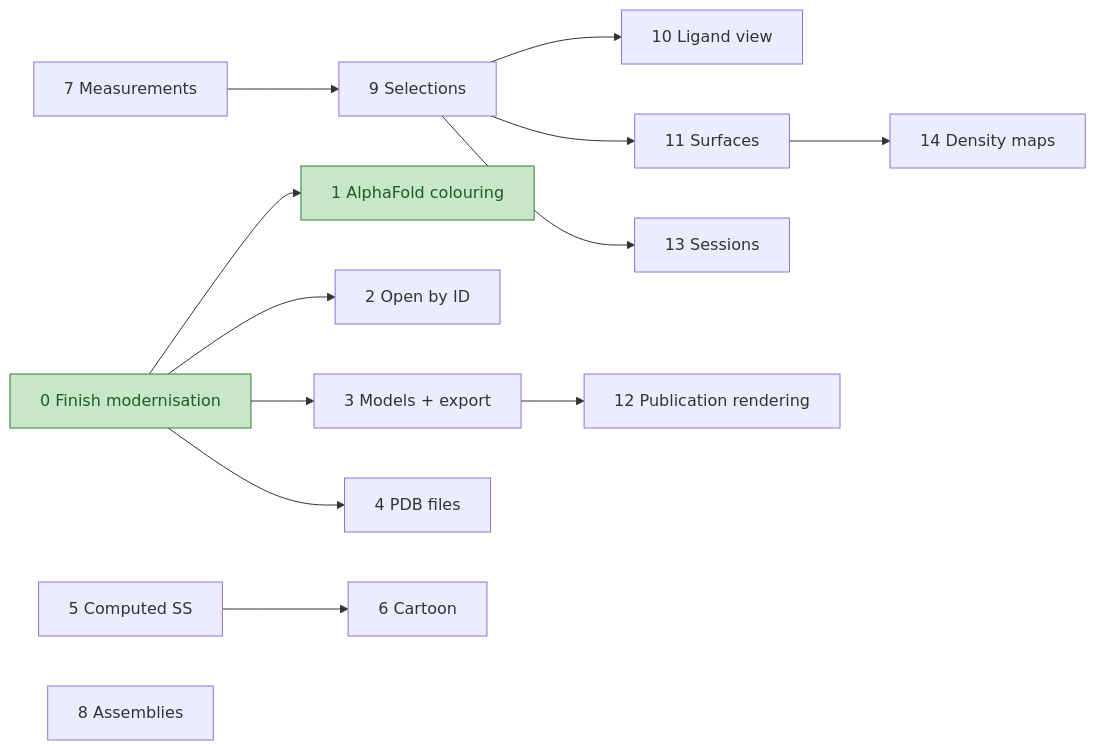
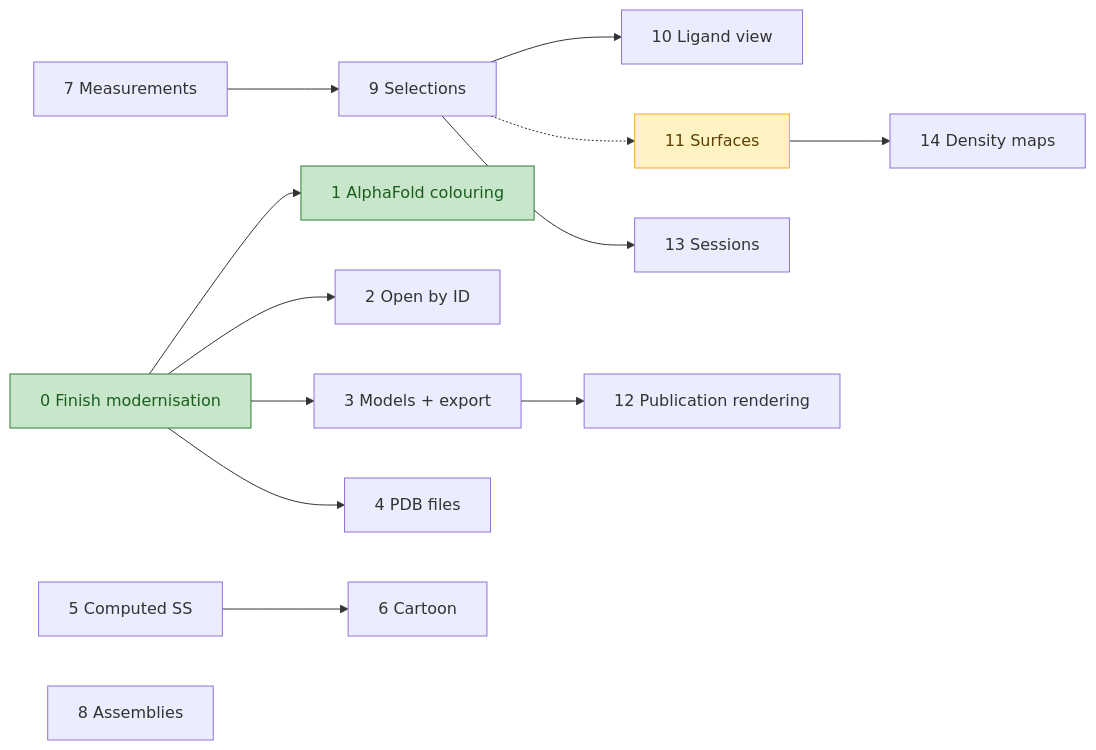
One commit to PorridgeBear/jmvs changed the diagram in docs/roadmap.md. Above: the diagram before and after it, drawn with Mermaid. The commit also changed other lines of this file and 43 other files, not shown here.

First line of the commit message:
feat: Add molecular surfaces (roadmap slice 11)

````diff
--- a/docs/roadmap.md
+++ b/docs/roadmap.md
@@ -37,19 +37,20 @@
 ```mermaid
 flowchart LR
     S0[0 Finish modernisation] --> S1[1 AlphaFold colouring]
     S0 --> S2[2 Open by ID]
     S0 --> S3[3 Models + export]
     S0 --> S4[4 PDB files]
     S5[5 Computed SS] --> S6[6 Cartoon]
     S7[7 Measurements] --> S9[9 Selections]
     S9 --> S10[10 Ligand view]
-    S9 --> S11[11 Surfaces]
+    S9 -.-> S11[11 Surfaces]
     S9 --> S13[13 Sessions]
     S3 --> S12[12 Publication rendering]
     S11 --> S14[14 Density maps]
     S8[8 Assemblies]
 
     classDef done fill:#c8e6c9,stroke:#2e7d32,color:#1b5e20
     classDef inProgress fill:#fff3c4,stroke:#f9a825,color:#5d4000
     class S0,S1 done
+    class S11 inProgress
 ```
````
